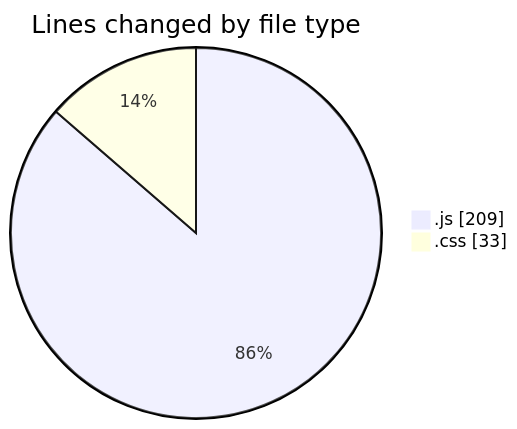
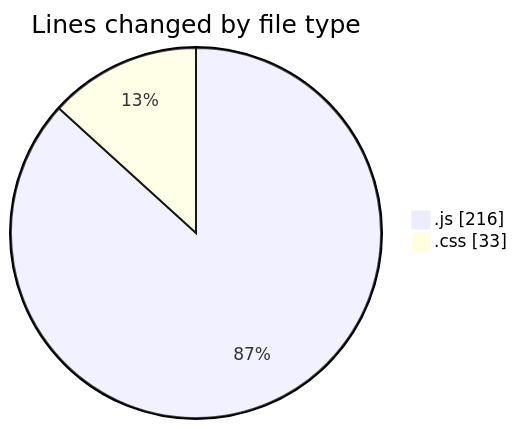
The first of 2 diagrams in 2025-07-18/mern-workoutboard/README.md (Ritupan-Deka/code-tracking), drawn with Mermaid before and after one commit. The commit also changed other lines of this file and 1 other file, not shown here.

````diff
--- a/2025-07-18/mern-workoutboard/README.md
+++ b/2025-07-18/mern-workoutboard/README.md
@@ -23,6 +23,6 @@
 ```mermaid
 pie showData
 title Lines changed by file type
-".js" : 209
+".js" : 216
 ".css" : 33
 ```
````
